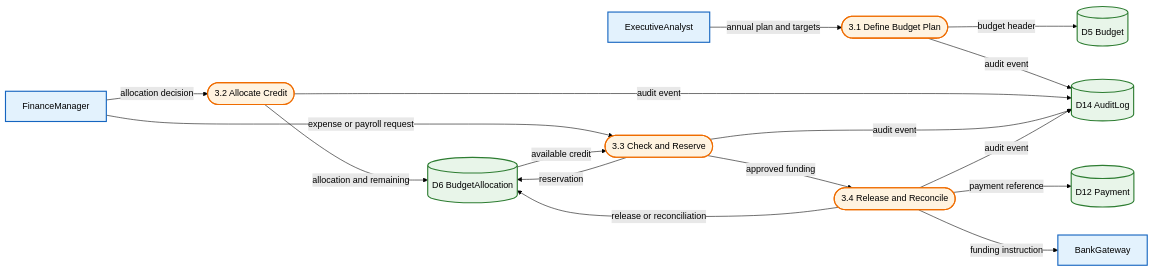
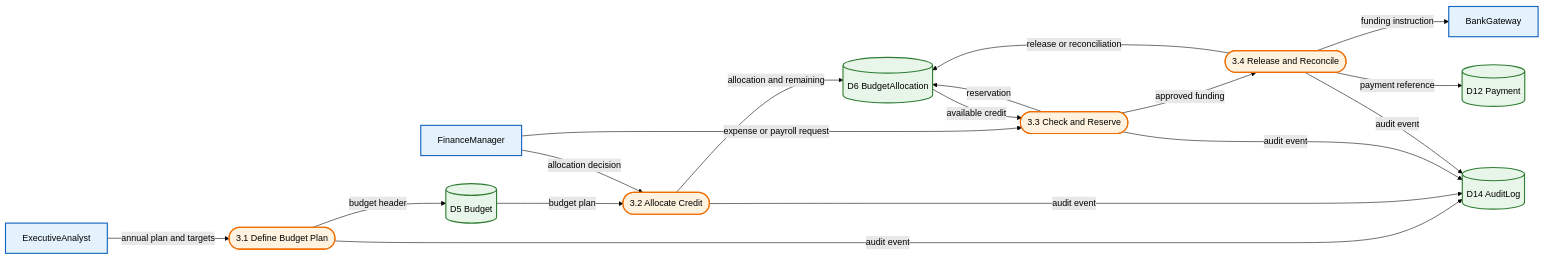
The fifth of 11 diagrams in docs/02_architecture/ARCH_integrated-hr-finance-procurement-dfd_v1.md (Shakour-Data/BedaanWaves), drawn with Mermaid (forest theme) before and after one commit. The commit also changed other lines of this file and 62 other files, not shown here.

````diff
--- a/docs/02_architecture/ARCH_integrated-hr-finance-procurement-dfd_v1.md
+++ b/docs/02_architecture/ARCH_integrated-hr-finance-procurement-dfd_v1.md
@@ -257,34 +264,35 @@
 ```mermaid
 flowchart LR
-    classDef entity fill:#E3F2FD,stroke:#1565C0,stroke-width:2px,color:#000;
-    classDef process fill:#FFF3E0,stroke:#EF6C00,stroke-width:2px,color:#000;
-    classDef store fill:#E8F5E9,stroke:#2E7D32,stroke-width:2px,color:#000;
+classDef entity fill:#E3F2FD,stroke:#1565C0,stroke-width:2px,color:#000;
+classDef process fill:#FFF3E0,stroke:#EF6C00,stroke-width:2px,color:#000;
+classDef store fill:#E8F5E9,stroke:#2E7D32,stroke-width:2px,color:#000;
 
-    EXEC[ExecutiveAnalyst]:::entity
-    FIN[FinanceManager]:::entity
-    BANK[BankGateway]:::entity
-    P31([3.1 Define Budget Plan]):::process
-    P32([3.2 Allocate Credit]):::process
-    P33([3.3 Check and Reserve]):::process
-    P34([3.4 Release and Reconcile]):::process
-    D5[(D5 Budget)]:::store
-    D6[(D6 BudgetAllocation)]:::store
-    D12[(D12 Payment)]:::store
-    D14[(D14 AuditLog)]:::store
+EXEC[ExecutiveAnalyst]:::entity
+FIN[FinanceManager]:::entity
+BANK[BankGateway]:::entity
+P31([3.1 Define Budget Plan]):::process
+P32([3.2 Allocate Credit]):::process
+P33([3.3 Check and Reserve]):::process
+P34([3.4 Release and Reconcile]):::process
+D5[(D5 Budget)]:::store
+D6[(D6 BudgetAllocation)]:::store
+D12[(D12 Payment)]:::store
+D14[(D14 AuditLog)]:::store
 
     EXEC -->|annual plan and targets| P31
     P31 -->|budget header| D5
+    D5 -->|budget plan| P32
     FIN -->|allocation decision| P32
     P32 -->|allocation and remaining| D6
-    FIN -->|expense or payroll request| P33
-    D6 -->|available credit| P33
-    P33 -->|reservation| D6
-    P33 -->|approved funding| P34
-    P34 -->|funding instruction| BANK
-    P34 -->|payment reference| D12
-    P34 -->|release or reconciliation| D6
-    P31 -->|audit event| D14
-    P32 -->|audit event| D14
-    P33 -->|audit event| D14
-    P34 -->|audit event| D14
+FIN -->|expense or payroll request| P33
+D6 -->|available credit| P33
+P33 -->|reservation| D6
+P33 -->|approved funding| P34
+P34 -->|funding instruction| BANK
+P34 -->|payment reference| D12
+P34 -->|release or reconciliation| D6
+P31 -->|audit event| D14
+P32 -->|audit event| D14
+P33 -->|audit event| D14
+P34 -->|audit event| D14
 ```
````
